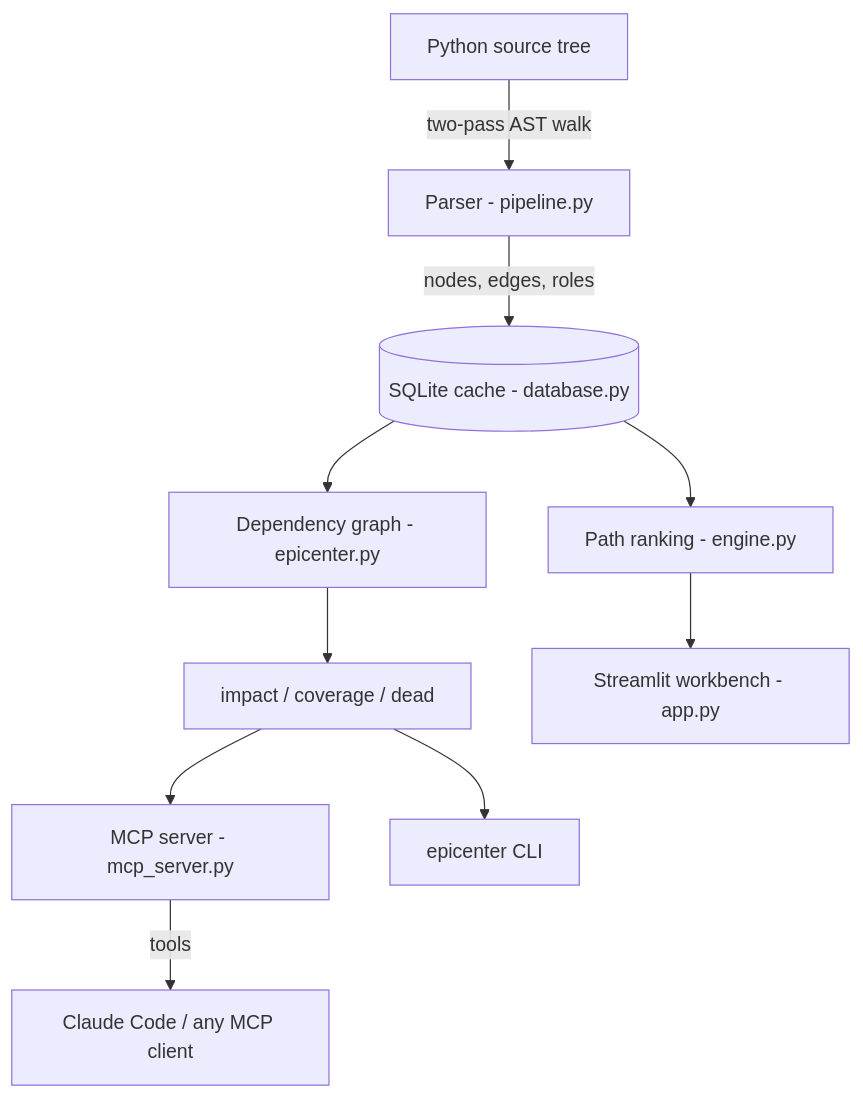
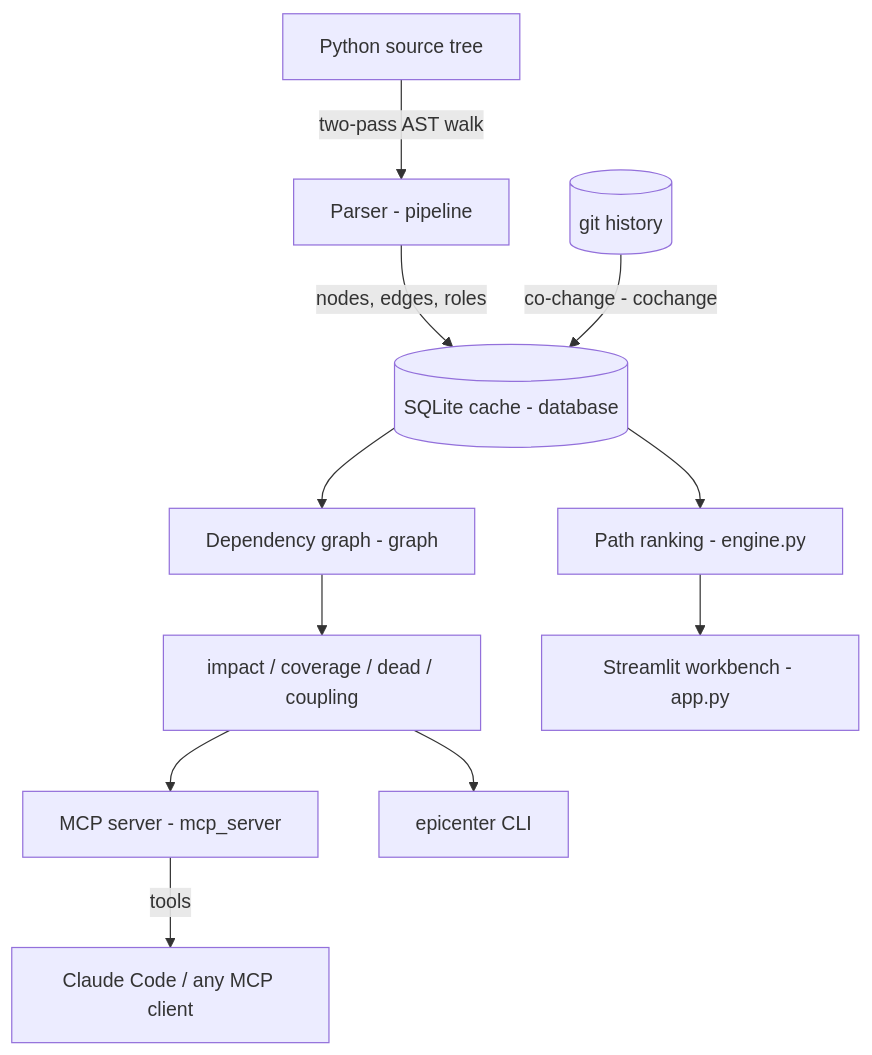
Before and after one commit to mayankbhojwani/Discovery-Graph: the diagram in README.md, drawn with Mermaid. The commit also changed other lines of this file and 17 other files, not shown here.

````diff
--- a/README.md
+++ b/README.md
@@ -70,12 +80,13 @@
 ```mermaid
 graph TD
-    Src[Python source tree] -->|two-pass AST walk| PL[Parser - pipeline.py]
-    PL -->|nodes, edges, roles| DB[(SQLite cache - database.py)]
-    DB --> IM[Dependency graph - epicenter.py]
-    IM --> Q[impact / coverage / dead]
-    Q --> MCP[MCP server - mcp_server.py]
+    Src[Python source tree] -->|two-pass AST walk| PL[Parser - pipeline]
+    PL -->|nodes, edges, roles| DB[(SQLite cache - database)]
+    Git[(git history)] -->|co-change - cochange| DB
+    DB --> IM[Dependency graph - graph]
+    IM --> Q[impact / coverage / dead / coupling]
+    Q --> MCP[MCP server - mcp_server]
     Q --> CLI[epicenter CLI]
     MCP -->|tools| AI[Claude Code / any MCP client]
     DB --> EG[Path ranking - engine.py]
     EG --> UI[Streamlit workbench - app.py]
 ```
````
